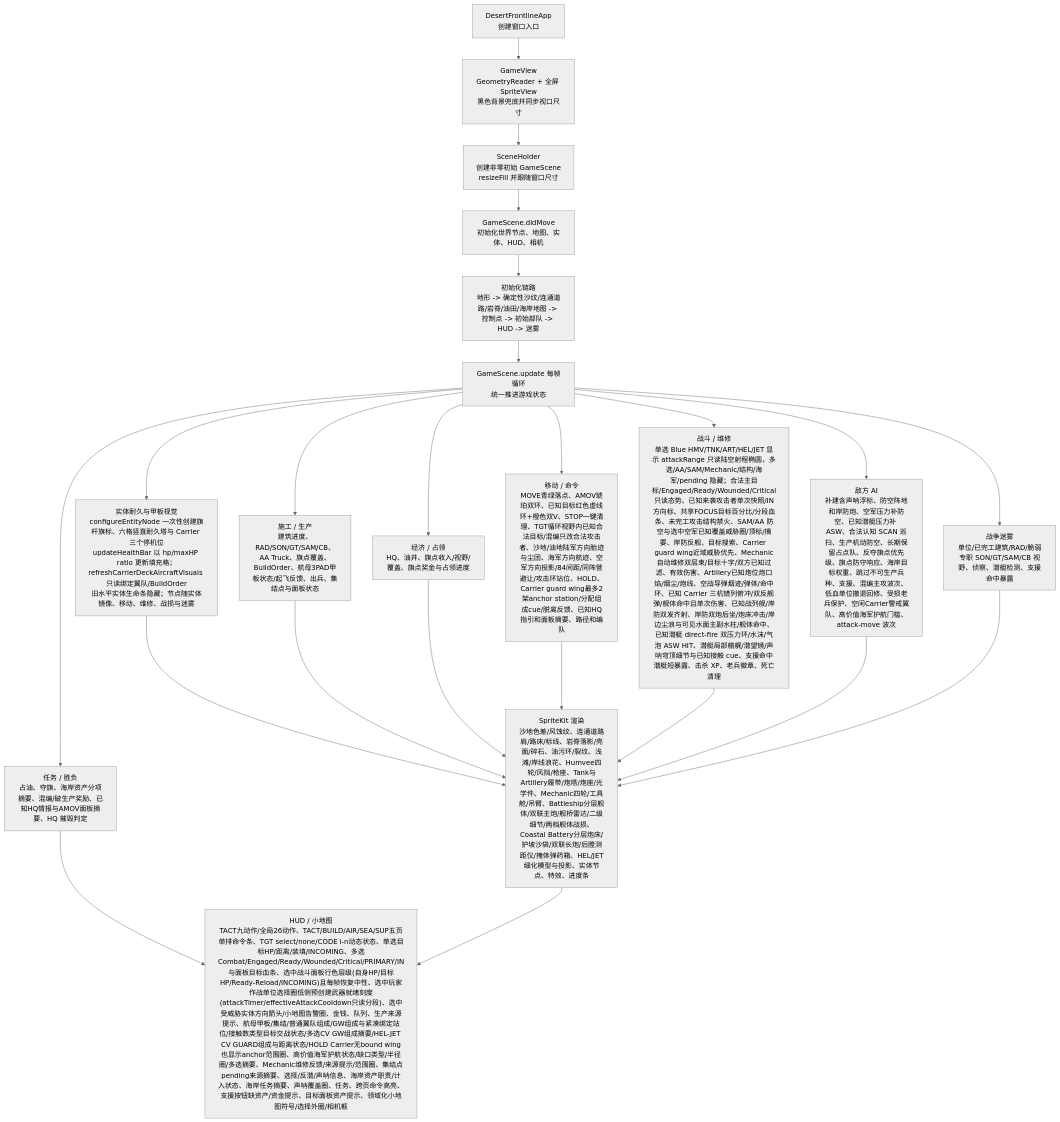
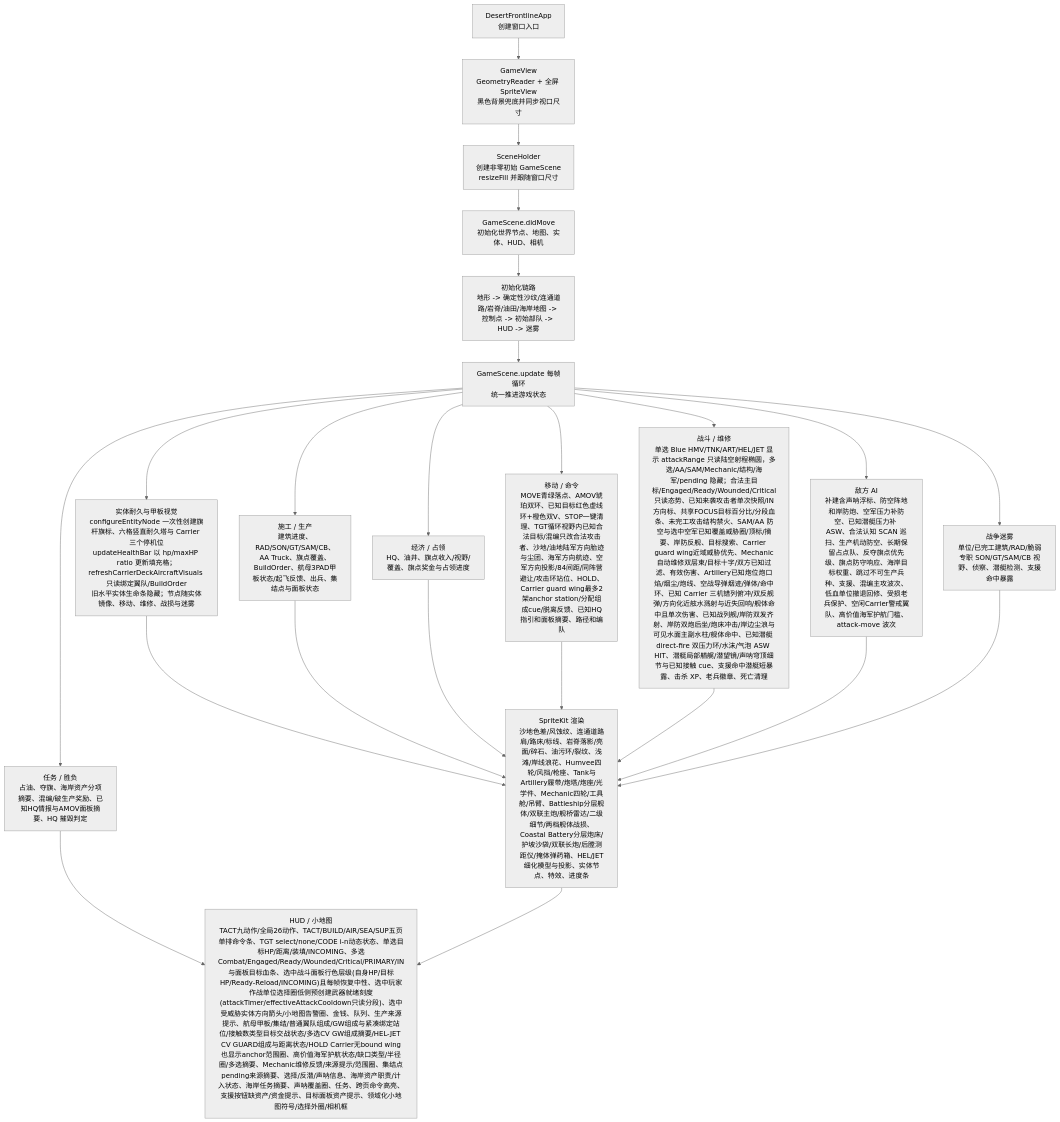
Before and after one commit to Altman-sam114/1145: the first of 3 diagrams in md/flow/flowchart.md, drawn with Mermaid (neutral theme). The commit also changed other lines of this file and 5 other files, not shown here.

````diff
--- a/md/flow/flowchart.md
+++ b/md/flow/flowchart.md
@@ -11,25 +11,25 @@
 ```mermaid
 flowchart TD
   App["DesertFrontlineApp\n创建窗口入口"] --> View["GameView\nGeometryReader + 全屏 SpriteView\n黑色背景兜底并同步视口尺寸"]
   View --> Holder["SceneHolder\n创建非零初始 GameScene\nresizeFill 并跟随窗口尺寸"]
   Holder --> Scene["GameScene.didMove\n初始化世界节点、地图、实体、HUD、相机"]
   Scene --> Init["初始化链路\n地形 -> 确定性沙纹/连通道路/岩脊/油田/海岸地图 -> 控制点 -> 初始部队 -> HUD -> 迷雾"]
   Init --> Loop["GameScene.update 每帧循环\n统一推进游戏状态"]
   Loop --> Build["施工 / 生产\n建筑进度、RAD/SON/GT/SAM/CB、AA Truck、旗点覆盖、BuildOrder、航母3PAD甲板状态/起飞反馈、出兵、集结点与面板状态"]
   Loop --> Economy["经济 / 占领\nHQ、油井、旗点收入/视野/覆盖、旗点奖金与占领进度"]
   Loop --> Commands["移动 / 命令\nMOVE青绿落点、AMOV琥珀双环、已知目标红色虚线环+橙色双V、STOP一键清理、TGT循环视野内已知合法目标/混编只改合法攻击者、沙地/油地陆军方向胎迹与尘团、海军方向航迹、空军方向投影/84间距/同阵营避让/攻击环站位、HOLD、Carrier guard wing最多2架anchor station/分配组成cue/脱离反馈、已知HQ指引和面板摘要、路径和编队"]
-  Loop --> Combat["战斗 / 维修\n单选 Blue HMV/TNK/ART/HEL/JET 显示 attackRange 只读陆空射程椭圆，多选/AA/SAM/Mechanic/结构/海军/pending 隐藏；合法主目标/Engaged/Ready/Wounded/Critical只读态势、已知来袭攻击者单次快照/IN方向标、共享FOCUS目标百分比/分段血条、未完工攻击结构禁火、SAM/AA 防空与选中空军已知覆盖威胁圈/顶标/摘要、岸防反舰、目标搜索、Carrier guard wing近域威胁优先、Mechanic自动维修双层束/目标十字/双方已知过滤、有效伤害、Artillery已知炮位炮口焰/烟尘/炮线、空战导弹烟迹/弹体/命中环、已知 Carrier 三机错列俯冲/双反舰弹/舰体命中且单次伤害、已知战列舰/岸防双发齐射、岸防双炮后坐/炮床冲击/岸边尘浪与可见水面主副水柱/舰体命中、已知潜艇 direct-fire 双压力环/水沫/气泡 ASW HIT、潜艇局部艏艉/潜望镜/声呐穹顶细节与已知接触 cue、支援命中潜艇短暴露、击杀 XP、老兵徽章、死亡清理"]
+  Loop --> Combat["战斗 / 维修\n单选 Blue HMV/TNK/ART/HEL/JET 显示 attackRange 只读陆空射程椭圆，多选/AA/SAM/Mechanic/结构/海军/pending 隐藏；合法主目标/Engaged/Ready/Wounded/Critical只读态势、已知来袭攻击者单次快照/IN方向标、共享FOCUS目标百分比/分段血条、未完工攻击结构禁火、SAM/AA 防空与选中空军已知覆盖威胁圈/顶标/摘要、岸防反舰、目标搜索、Carrier guard wing近域威胁优先、Mechanic自动维修双层束/目标十字/双方已知过滤、有效伤害、Artillery已知炮位炮口焰/烟尘/炮线、空战导弹烟迹/弹体/命中环、已知 Carrier 三机错列俯冲/双反舰弹/方向化近舷水溅射与近失回响/舰体命中且单次伤害、已知战列舰/岸防双发齐射、岸防双炮后坐/炮床冲击/岸边尘浪与可见水面主副水柱/舰体命中、已知潜艇 direct-fire 双压力环/水沫/气泡 ASW HIT、潜艇局部艏艉/潜望镜/声呐穹顶细节与已知接触 cue、支援命中潜艇短暴露、击杀 XP、老兵徽章、死亡清理"]
   Loop --> HealthVisual["实体耐久与甲板视觉\nconfigureEntityNode 一次性创建旗杆旗标、六格竖直耐久塔与 Carrier 三个停机位\nupdateHealthBar 以 hp/maxHP ratio 更新填充格；refreshCarrierDeckAircraftVisuals 只读绑定翼队/BuildOrder\n旧水平实体生命条隐藏；节点随实体镜像、移动、维修、战损与迷雾"]
   HealthVisual --> Render
   Loop --> AI["敌方 AI\n补建含声呐浮标、防空阵地和岸防炮、空军压力补防空、已知潜艇压力补 ASW、合法认知 SCAN 巡扫、生产机动防空、长期保留占点队、反夺旗点优先级、旗点防守响应、海岸目标权重、跳过不可生产兵种、支援、混编主攻波次、低血单位撤退回修、受损老兵保护、空闲Carrier警戒翼队、高价值海军护航门槛、attack-move 波次"]
   Loop --> Fog["战争迷雾\n单位/已完工建筑/RAD/脆弱专职 SON/GT/SAM/CB 视野、侦察、潜艇检测、支援命中暴露"]
   Loop --> Mission["任务 / 胜负\n占油、夺旗、海岸资产分项摘要、混编/破生产奖励、已知HQ情报与AMOV面板摘要、HQ 摧毁判定"]
   Build --> Render["SpriteKit 渲染\n沙地色差/风蚀纹、连通道路肩/路床/标线、岩脊落影/亮面/碎石、油污环/裂纹、浅滩/岸线浪花、Humvee四轮/风挡/枪座、Tank与Artillery履带/炮塔/炮座/光学件、Mechanic四轮/工具舱/吊臂、Battleship分层舰体/双联主炮/舰桥雷达/二级细节/两档舰体战损、Coastal Battery分层炮床/护坡沙袋/双联长炮/后膛测距仪/掩体弹药箱、HEL/JET细化模型与投影、实体节点、特效、进度条"]
   Economy --> Render
   Commands --> Render
   Combat --> Render
   AI --> Render
   Fog --> Render
   Mission --> HUD["HUD / 小地图\nTACT九动作/全局26动作、TACT/BUILD/AIR/SEA/SUP五页单排命令条、TGT select/none/CODE i-n动态状态、单选目标HP/距离/装填/INCOMING、多选Combat/Engaged/Ready/Wounded/Critical/PRIMARY/IN与面板目标血条、选中战斗面板行色层级(自身HP/目标HP/Ready-Reload/INCOMING)且每帧恢复中性、选中玩家作战单位选择圈低侧预创建武器就绪刻度(attackTimer/effectiveAttackCooldown只读分段)、选中受威胁实体方向箭头/小地图告警圈、金钱、队列、生产来源提示、航母甲板/集结/普通翼队组成/GW组成与紧凑绑定站位/接触数类型目标交战状态/多选CV GW组成摘要/HEL-JET CV GUARD组成与距离状态/HOLD Carrier无bound wing也显示anchor范围圈、高价值海军护航状态/缺口类型/半径圈/多选摘要、Mechanic维修反馈/来源提示/范围圈、集结点pending来源摘要、选择/反潜/声呐信息、海岸资产职责/计入状态、海岸任务摘要、声呐覆盖圈、任务、跨页命令高亮、支援按钮缺资产/资金提示、目标面板资产提示、领域化小地图符号/选择外圈/相机框"]
   Render --> HUD
 ```
````
